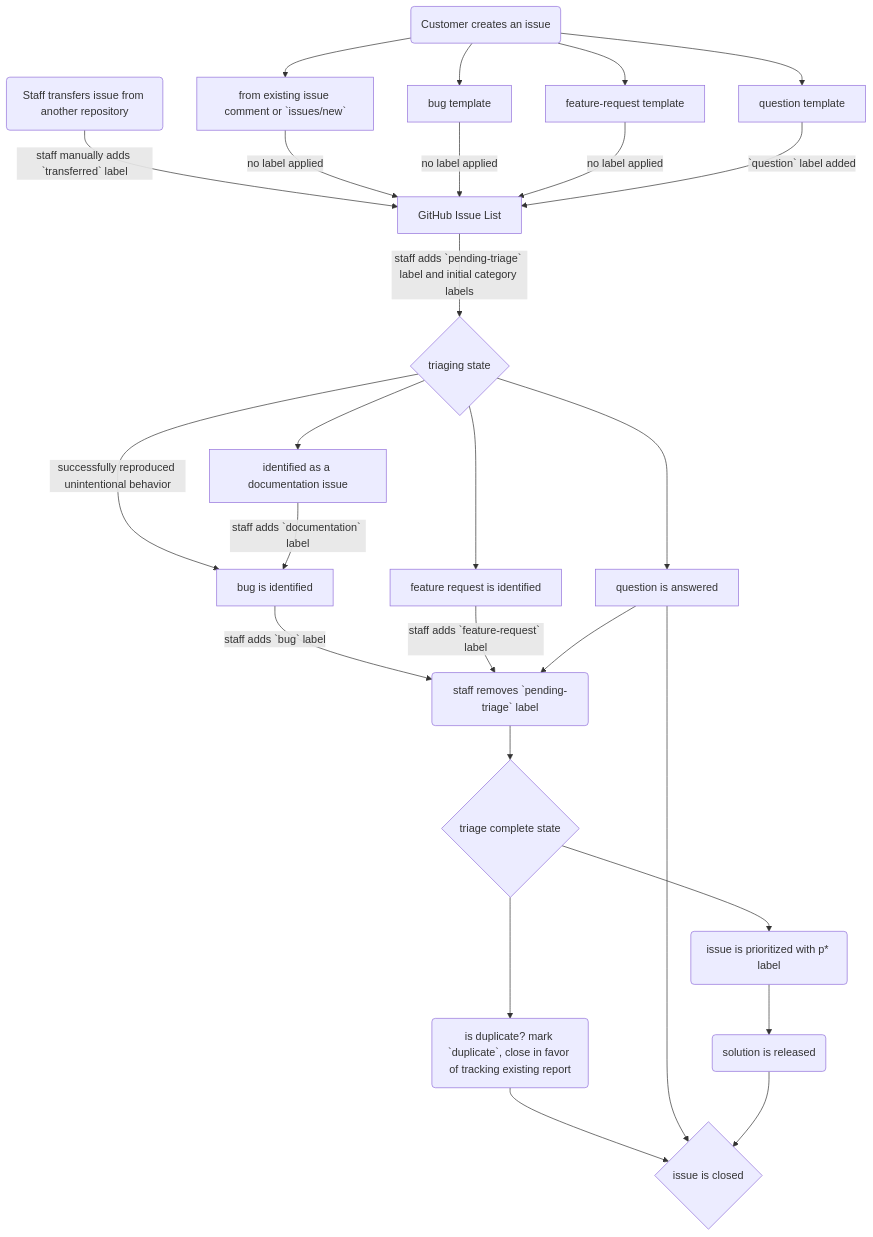
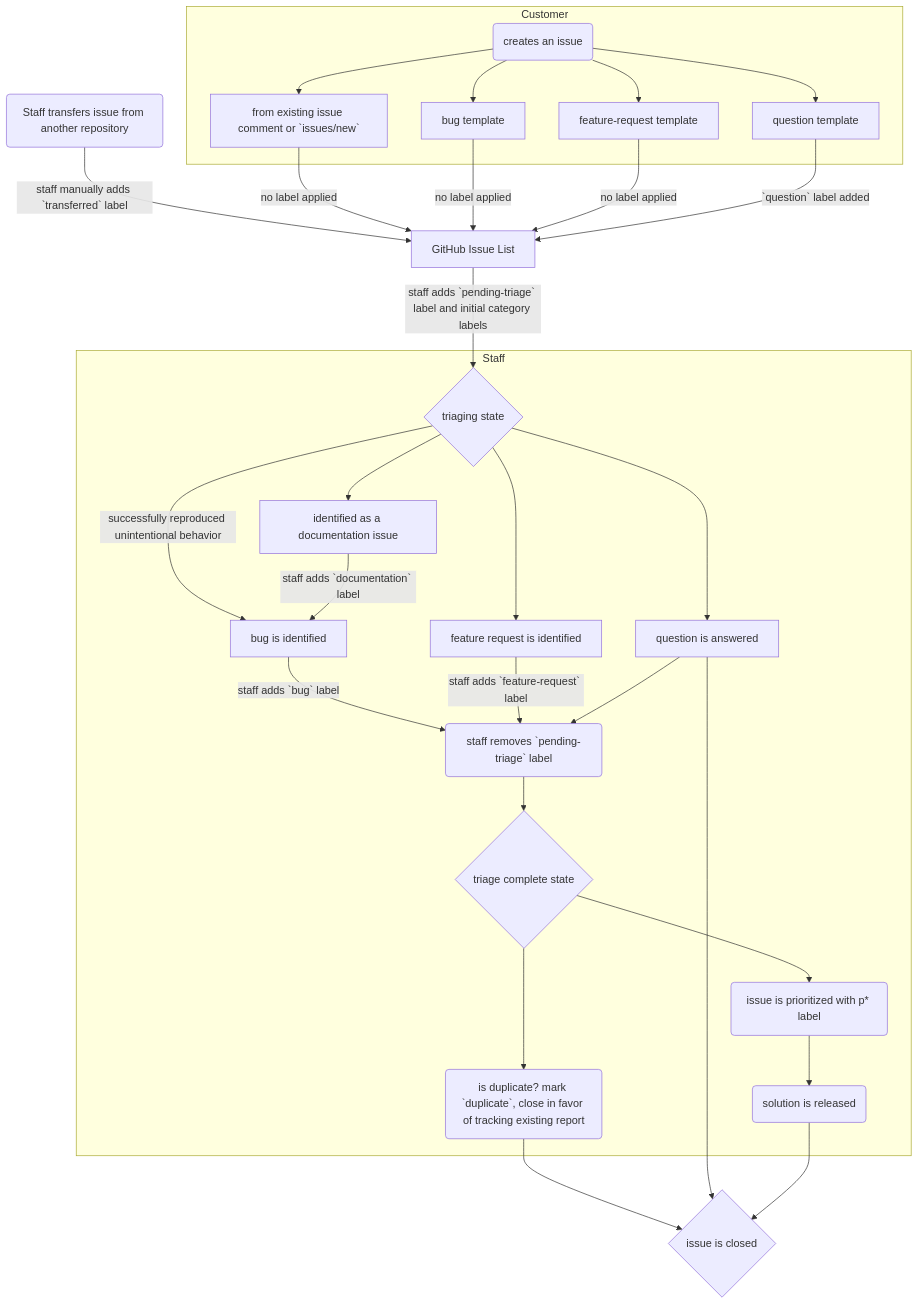
Before and after one commit to josefaidt/oss-notes: the diagram in triage-flowchart.md, drawn with Mermaid.

Commit message:
add subgraphs

````diff
--- a/triage-flowchart.md
+++ b/triage-flowchart.md
@@ -9,37 +9,51 @@
 ```mermaid
 graph TD
     A(Staff transfers issue from another repository) -->|staff manually adds `transferred` label| H[GitHub Issue List]
-    B(Customer creates an issue)
-    B --> D[from existing issue comment or `issues/new`]
-    B --> E[bug template]
-    B --> F[feature-request template]
-    B --> G[question template]
+    B(creates an issue)
+    subgraph "Customer"
+        B --> D[from existing issue comment or `issues/new`]
+        B --> E[bug template]
+        B --> F[feature-request template]
+        B --> G[question template]
+    end
     H[GitHub Issue List]
     D -->|no label applied| H
     E -->|no label applied| H
     F -->|no label applied| H
     G -->|`question` label added| H
     I{triaging state}
     H -->|staff adds `pending-triage` label and initial category labels| I
+    subgraph Staff
+        I
+        J
+        K
+        L
+        M
+        N
+        O
+        P
+        Q
+        R
+    end
     I -->|successfully reproduced unintentional behavior| J[bug is identified]
     I --> K[feature request is identified]
     I --> L[question is answered]
     I --> M[identified as a documentation issue]
     M -->|staff adds `documentation` label| J
     N(staff removes `pending-triage` label)
     J -->|staff adds `bug` label| N
     K -->|staff adds `feature-request` label| N
     L --> N
     O{triage complete state}
     N --> O
     P(issue is prioritized with p* label)
     Q(is duplicate? mark `duplicate`, close in favor of tracking existing report)
     O --> P
     O --> Q
     R(solution is released)
     P --> R
     Z{issue is closed}
     Q --> Z
     L --> Z
     R --> Z
 ```
````
